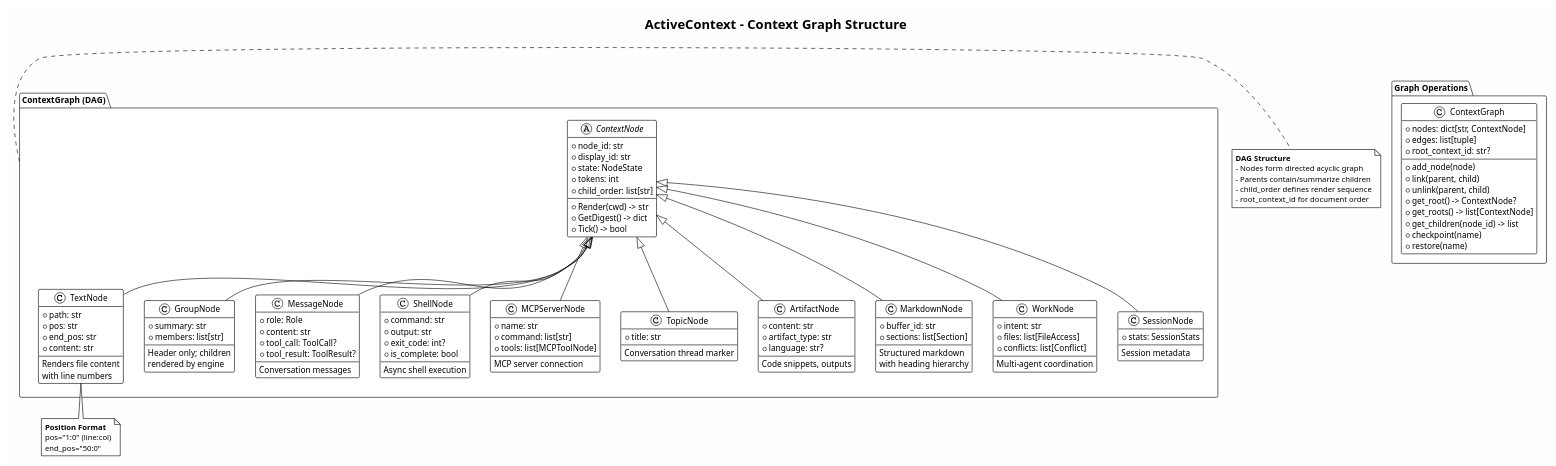
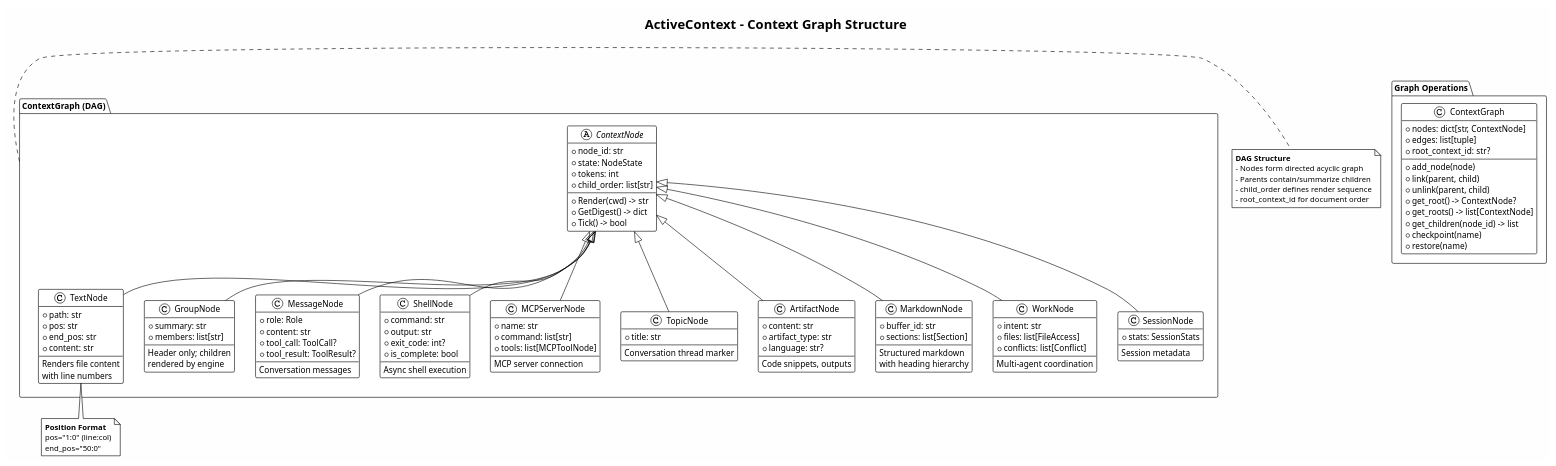
Before and after one commit to Oortonaut/ActiveContext: the diagram in docs/diagrams/activecontext/02-context-graph.puml, drawn with PlantUML. The commit also changed 6 other files, not shown here.

```diff
--- a/docs/diagrams/activecontext/02-context-graph.puml
+++ b/docs/diagrams/activecontext/02-context-graph.puml
@@ -1,144 +1,143 @@
 @startuml Context_Graph
 !theme plain
 skinparam backgroundColor #FEFEFE
 
 title ActiveContext - Context Graph Structure
 
 package "ContextGraph (DAG)" as Graph {
   
   abstract class ContextNode {
     +node_id: str
-    +display_id: str
     +state: NodeState
     +tokens: int
     +child_order: list[str]
     --
     +Render(cwd) -> str
     +GetDigest() -> dict
     +Tick() -> bool
   }
   
   class TextNode {
     +path: str
     +pos: str
     +end_pos: str
     +content: str
     --
     Renders file content
     with line numbers
   }
   
   class GroupNode {
     +summary: str
     +members: list[str]
     --
     Header only; children
     rendered by engine
   }
   
   class MessageNode {
     +role: Role
     +content: str
     +tool_call: ToolCall?
     +tool_result: ToolResult?
     --
     Conversation messages
   }
   
   class ShellNode {
     +command: str
     +output: str
     +exit_code: int?
     +is_complete: bool
     --
     Async shell execution
   }
   
   class MCPServerNode {
     +name: str
     +command: list[str]
     +tools: list[MCPToolNode]
     --
     MCP server connection
   }
   
   class TopicNode {
     +title: str
     --
     Conversation thread marker
   }
   
   class ArtifactNode {
     +content: str
     +artifact_type: str
     +language: str?
     --
     Code snippets, outputs
   }
   
   class MarkdownNode {
     +buffer_id: str
     +sections: list[Section]
     --
     Structured markdown
     with heading hierarchy
   }
   
   class WorkNode {
     +intent: str
     +files: list[FileAccess]
     +conflicts: list[Conflict]
     --
     Multi-agent coordination
   }
   
   class SessionNode {
     +stats: SessionStats
     --
     Session metadata
   }
   
   ContextNode <|-- TextNode
   ContextNode <|-- GroupNode
   ContextNode <|-- MessageNode
   ContextNode <|-- ShellNode
   ContextNode <|-- MCPServerNode
   ContextNode <|-- TopicNode
   ContextNode <|-- ArtifactNode
   ContextNode <|-- MarkdownNode
   ContextNode <|-- WorkNode
   ContextNode <|-- SessionNode
 }
 
 package "Graph Operations" as Ops {
   class ContextGraph {
     +nodes: dict[str, ContextNode]
     +edges: list[tuple]
     +root_context_id: str?
     --
     +add_node(node)
     +link(parent, child)
     +unlink(parent, child)
     +get_root() -> ContextNode?
     +get_roots() -> list[ContextNode]
     +get_children(node_id) -> list
     +checkpoint(name)
     +restore(name)
   }
 }
 
 note right of Graph
   **DAG Structure**
   - Nodes form directed acyclic graph
   - Parents contain/summarize children
   - child_order defines render sequence
   - root_context_id for document order
 end note
 
 note bottom of TextNode
   **Position Format**
   pos="1:0" (line:col)
   end_pos="50:0"
 end note
 
 @enduml
```
